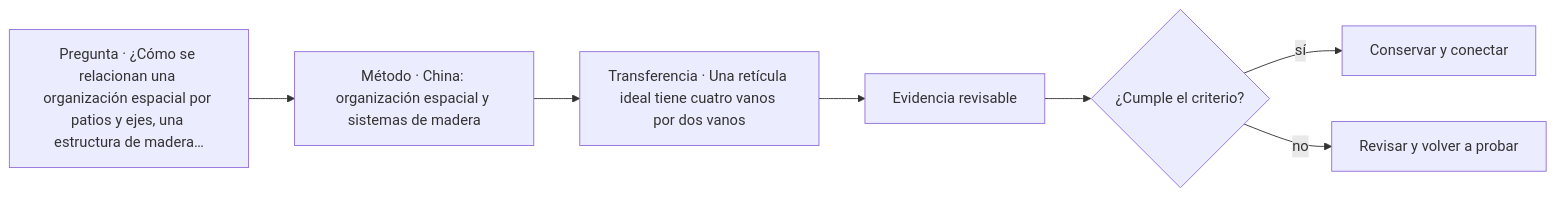
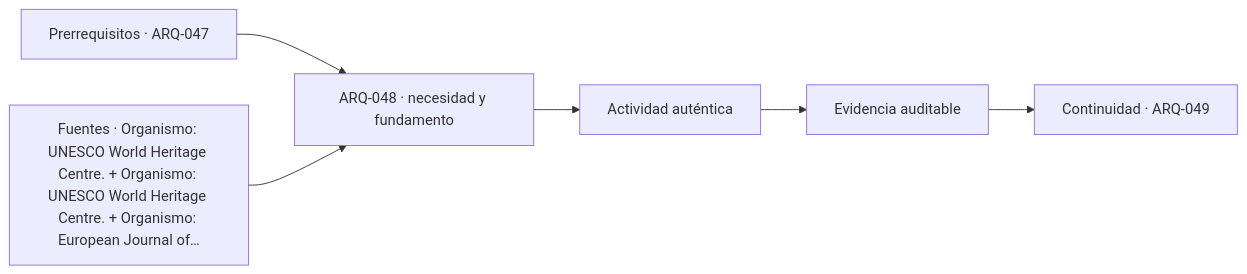
Before and after one commit to vladimiracunadev-create/architecture-built-environment-learning-program: the diagram in classes/parte-05/ARQ-048.md, drawn with Mermaid. The commit also changed other lines of this file and 761 other files, not shown here.

````diff
--- a/classes/parte-05/ARQ-048.md
+++ b/classes/parte-05/ARQ-048.md
@@ -103,9 +115,8 @@
 ```mermaid
 flowchart LR
-    Q["Pregunta · ¿Cómo se relacionan una organización espacial por patios y ejes, una estructura de madera…"] --> M["Método · China: organización espacial y sistemas de madera"]
-    M --> P["Transferencia · Una retícula ideal tiene cuatro vanos por dos vanos"]
-    P --> E["Evidencia revisable"]
-    E --> C{"¿Cumple el criterio?"}
-    C -->|sí| T["Conservar y conectar"]
-    C -->|no| R["Revisar y volver a probar"]
+    A["Prerrequisitos · ARQ-047"] --> B["ARQ-048 · necesidad y fundamento"]
+    S["Fuentes · Organismo: UNESCO World Heritage Centre. + Organismo: UNESCO World Heritage Centre. + Organismo: European Journal of…"] --> B
+    B --> C["Actividad auténtica"]
+    C --> D["Evidencia auditable"]
+    D --> E["Continuidad · ARQ-049"]
 ```
````
